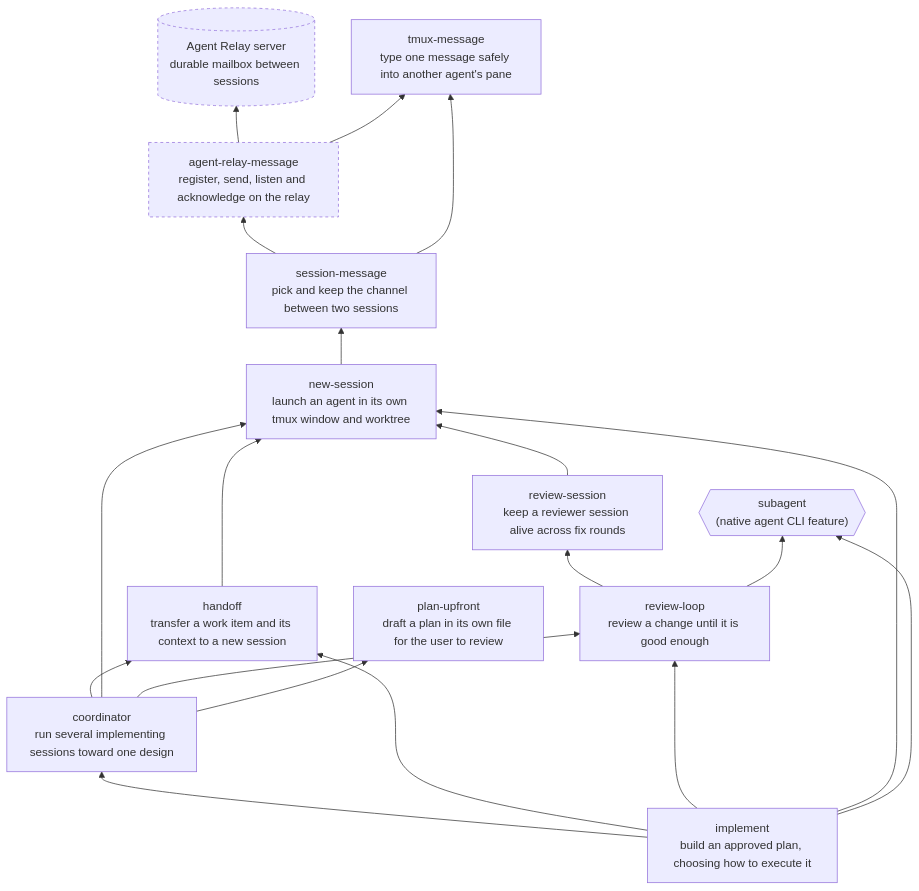
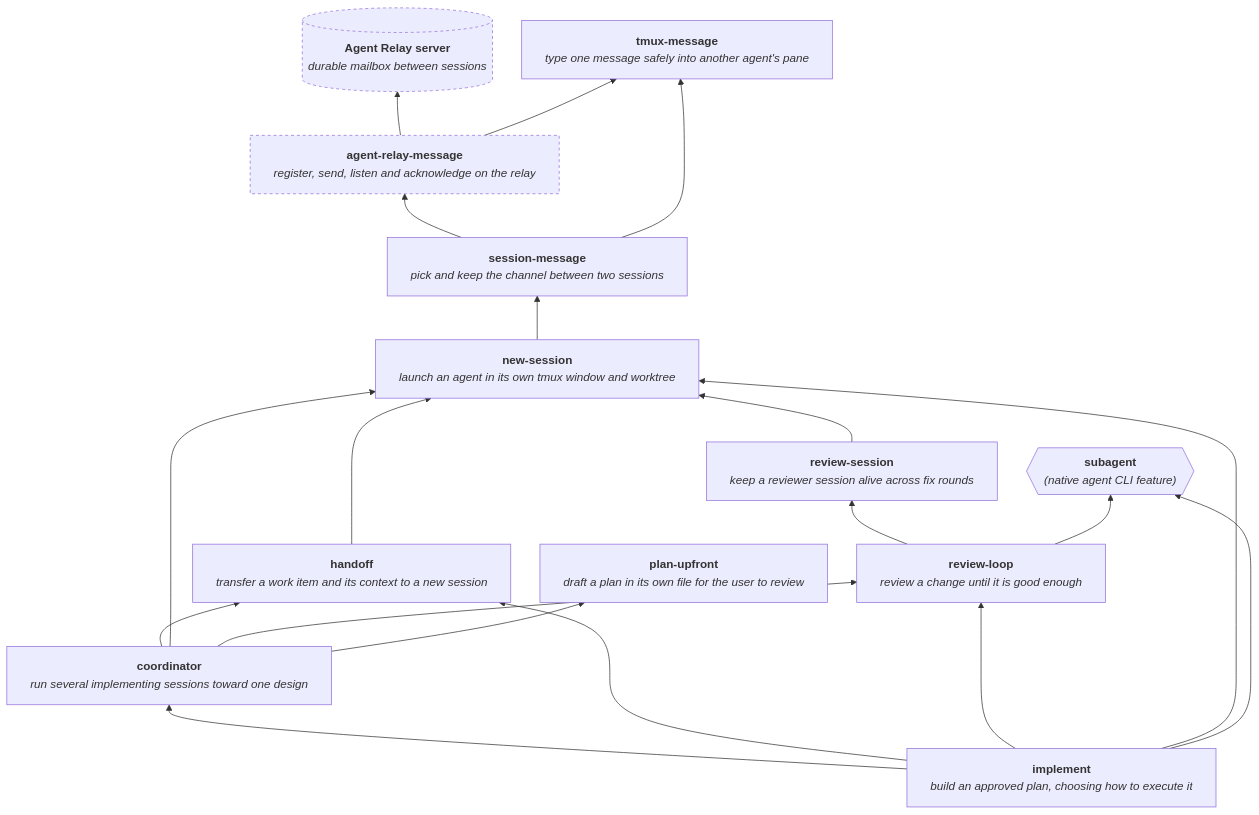
Before and after one commit to bellatechnica/agent-skills: the diagram in README.md, drawn with Mermaid.

Commit message:
Widen the README chart's boxes and set skill names apart from their descriptions
Claude-Session: https://claude.ai/code/session_01MuYMbDAVhSZNcDoGQ4V2er

````diff
--- a/README.md
+++ b/README.md
@@ -24,37 +24,45 @@
 ```mermaid
+---
+config:
+  flowchart:
+    wrappingWidth: 420
+    padding: 16
+    nodeSpacing: 40
+    rankSpacing: 60
+---
 graph BT
-    relay[("Agent Relay server<br/>durable mailbox between sessions")]
-    arm["agent-relay-message<br/>register, send, listen and acknowledge on the relay"]
-    tmux["tmux-message<br/>type one message safely into another agent's pane"]
-    sm["session-message<br/>pick and keep the channel between two sessions"]
-    ns["new-session<br/>launch an agent in its own tmux window and worktree"]
-    sub{{"subagent<br/>(native agent CLI feature)"}}
-    handoff["handoff<br/>transfer a work item and its context to a new session"]
-    rs["review-session<br/>keep a reviewer session alive across fix rounds"]
-    pu["plan-upfront<br/>draft a plan in its own file for the user to review"]
-    rl["review-loop<br/>review a change until it is good enough"]
-    coord["coordinator<br/>run several implementing sessions toward one design"]
-    impl["implement<br/>build an approved plan, choosing how to execute it"]
+    relay[("<b>Agent Relay server</b><br/><i>durable mailbox between sessions</i>")]
+    arm["<b>agent-relay-message</b><br/><i>register, send, listen and acknowledge on the relay</i>"]
+    tmux["<b>tmux-message</b><br/><i>type one message safely into another agent's pane</i>"]
+    sm["<b>session-message</b><br/><i>pick and keep the channel between two sessions</i>"]
+    ns["<b>new-session</b><br/><i>launch an agent in its own tmux window and worktree</i>"]
+    sub{{"<b>subagent</b><br/><i>(native agent CLI feature)</i>"}}
+    handoff["<b>handoff</b><br/><i>transfer a work item and its context to a new session</i>"]
+    rs["<b>review-session</b><br/><i>keep a reviewer session alive across fix rounds</i>"]
+    pu["<b>plan-upfront</b><br/><i>draft a plan in its own file for the user to review</i>"]
+    rl["<b>review-loop</b><br/><i>review a change until it is good enough</i>"]
+    coord["<b>coordinator</b><br/><i>run several implementing sessions toward one design</i>"]
+    impl["<b>implement</b><br/><i>build an approved plan, choosing how to execute it</i>"]
 
     arm --> relay
     sm --> arm
     sm --> tmux
     arm --> tmux
     ns --> sm
     handoff --> ns
     rs --> ns
     rl --> rs
     rl --> sub
     coord --> handoff
     coord --> ns
     coord --> rl
     coord --> pu
     impl --> coord
     impl --> handoff
     impl --> rl
     impl --> ns
     impl --> sub
 
     classDef external stroke-dasharray: 4 4
     class relay,arm external
 ```
````
